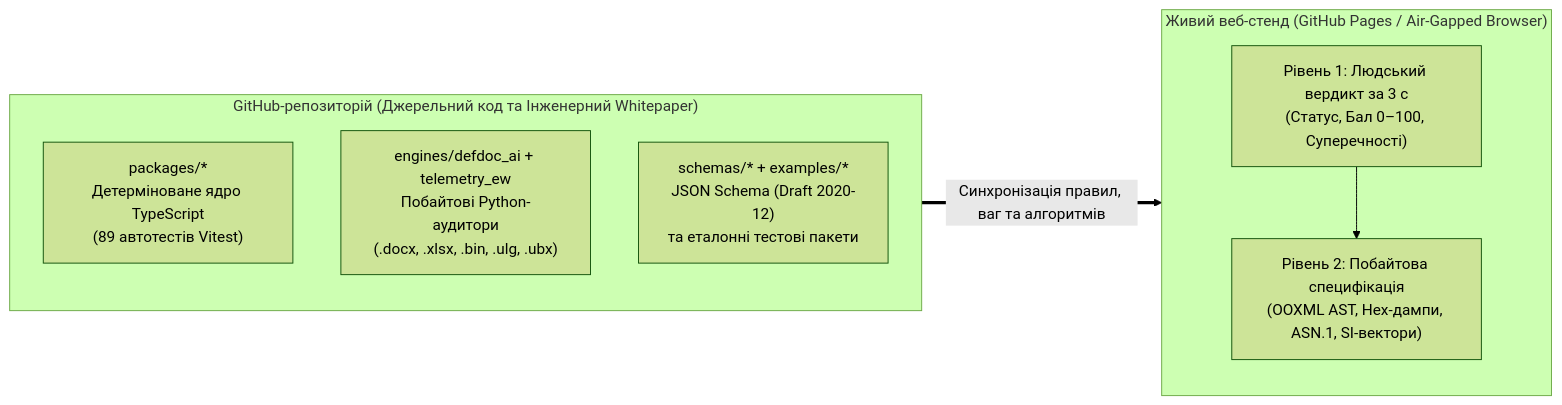
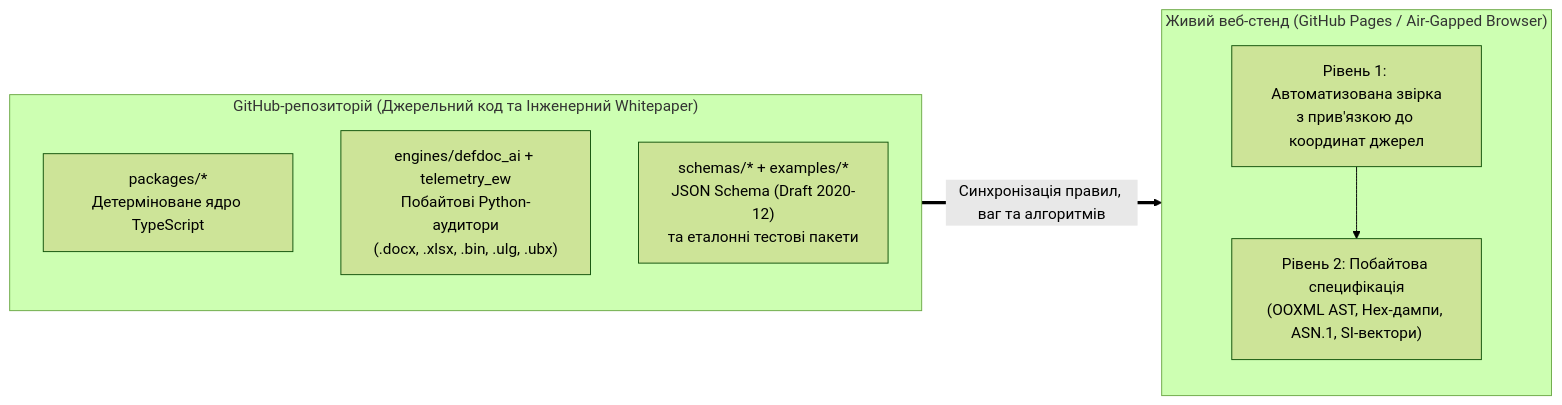
Before and after one commit to DenisShumilov/uav-readiness-evidence-copilot: the diagram in README.md, drawn with Mermaid (forest theme). The commit also changed other lines of this file and 83 other files, not shown here.

````diff
--- a/README.md
+++ b/README.md
@@ -25,16 +27,16 @@
 ```mermaid
 flowchart LR
   subgraph Web["Живий веб-стенд (GitHub Pages / Air-Gapped Browser)"]
-    L1["Рівень 1: Людський вердикт за 3 с\n(Статус, Бал 0–100, Суперечності)"]
+    L1["Рівень 1: Автоматизована звірка\nз прив'язкою до координат джерел"]
     L2["Рівень 2: Побайтова специфікація\n(OOXML AST, Hex-дампи, ASN.1, SI-вектори)"]
     L1 --> L2
   end
 
   subgraph Repo["GitHub-репозиторій (Джерельний код та Інженерний Whitepaper)"]
-    TS["packages/*\nДетерміноване ядро TypeScript\n(89 автотестів Vitest)"]
+    TS["packages/*\nДетерміноване ядро TypeScript"]
     PY["engines/defdoc_ai + telemetry_ew\nПобайтові Python-аудитори\n(.docx, .xlsx, .bin, .ulg, .ubx)"]
     SCH["schemas/* + examples/*\nJSON Schema (Draft 2020-12)\nта еталонні тестові пакети"]
   end
 
   Repo ==>|"Синхронізація правил, ваг та алгоритмів"| Web
 ```
````
